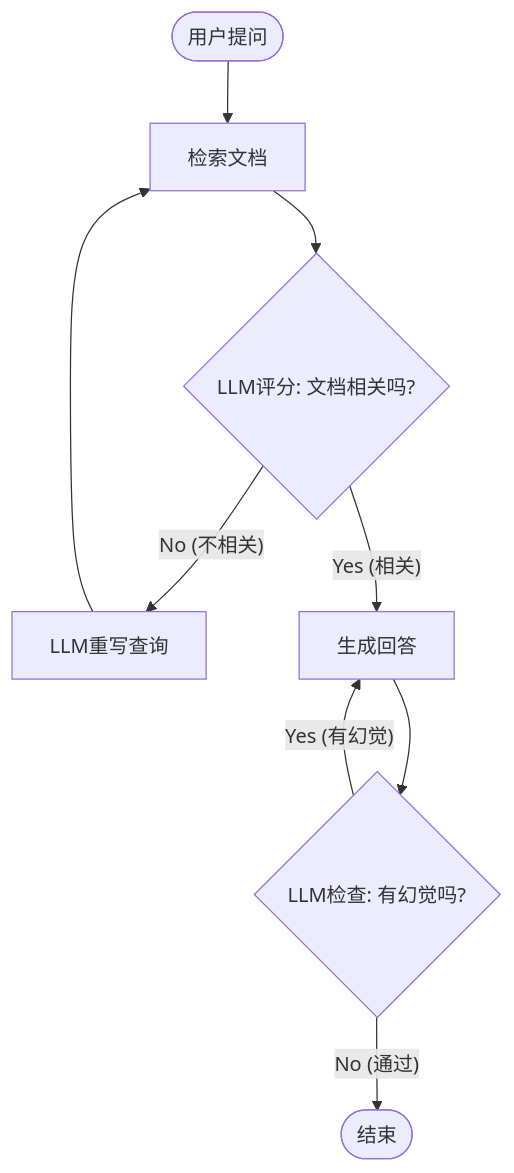
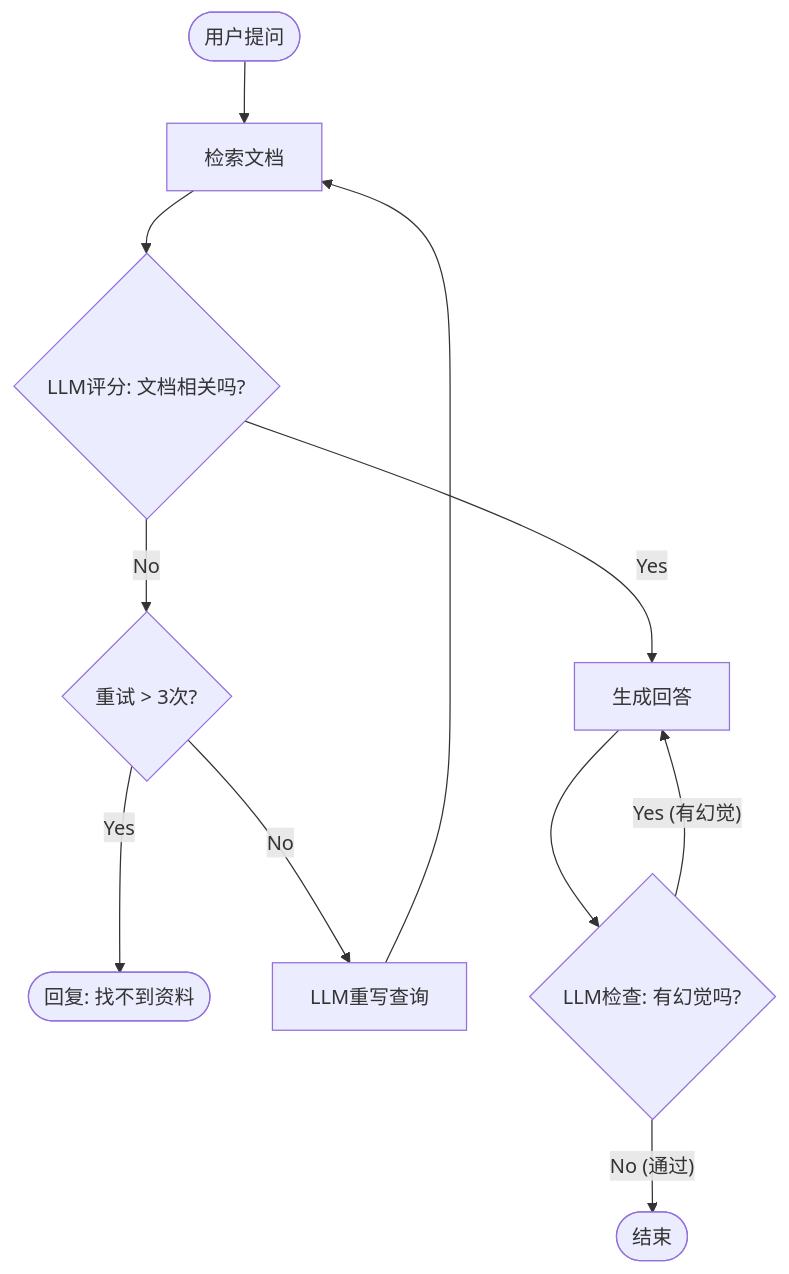
The second of 2 diagrams in _posts/2025-12-26-RAG-Deep-Dive.md (miaoneigaszs/miaoneigaszs.github.io), drawn with Mermaid before and after one commit. The commit also changed other lines of this file, not shown here.

````diff
--- a/_posts/2025-12-26-RAG-Deep-Dive.md
+++ b/_posts/2025-12-26-RAG-Deep-Dive.md
@@ -155,14 +164,16 @@
 ```mermaid
 graph TD
     Start([用户提问]) --> Retrieve[检索文档]
     Retrieve --> Grade{LLM评分: 文档相关吗?}
     
-    Grade -- No (不相关) --> Rewrite[LLM重写查询]
+    Grade -- No --> CheckLoop{重试 > 3次?}
+    CheckLoop -- Yes --> GiveUp([回复: 找不到资料])
+    CheckLoop -- No --> Rewrite[LLM重写查询]
     Rewrite --> Retrieve
     
-    Grade -- Yes (相关) --> Generate[生成回答]
+    Grade -- Yes --> Generate[生成回答]
     Generate --> Check{LLM检查: 有幻觉吗?}
     
     Check -- Yes (有幻觉) --> Generate
     Check -- No (通过) --> End([结束])
 ```
````
